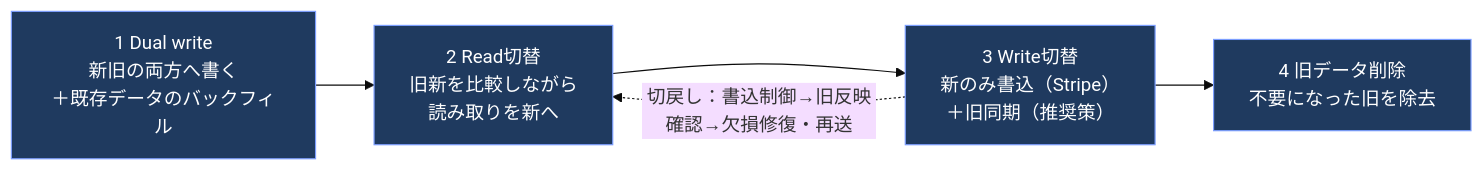
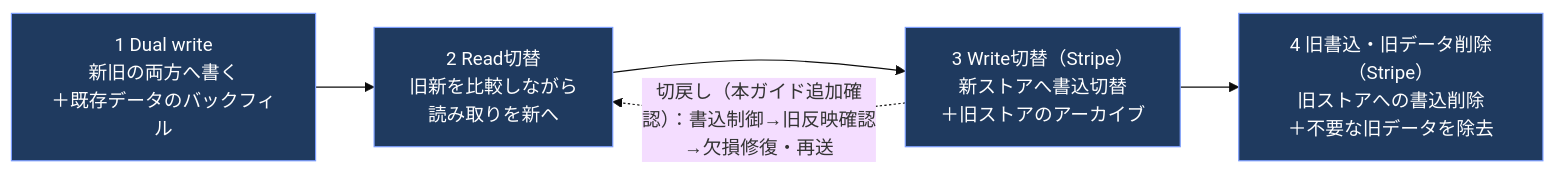
Before and after one commit to myoshi2891/Quality-Assurance-Studies: the ninth of 10 diagrams in Iso-29119-14-guide.md, drawn with Mermaid (base theme). The commit also changed other lines of this file and 1 other file, not shown here.

Commit message:
fix(iso29119-14): clarify Stripe migration steps and guide rollback verification in diagram and text

````diff
--- a/Iso-29119-14-guide.md
+++ b/Iso-29119-14-guide.md
@@ -479,10 +479,10 @@
 ```mermaid
 flowchart LR
     DW1["1 Dual write<br/>新旧の両方へ書く<br/>＋既存データのバックフィル"] --> DW2["2 Read切替<br/>旧新を比較しながら<br/>読み取りを新へ"]
-    DW2 --> DW3["3 Write切替<br/>新のみ書込（Stripe）<br/>＋旧同期（推奨策）"]
-    DW3 -. "切戻し：書込制御→旧反映確認→欠損修復・再送" .-> DW2
-    DW3 --> DW4["4 旧データ削除<br/>不要になった旧を除去"]
+    DW2 --> DW3["3 Write切替（Stripe）<br/>新ストアへ書込切替<br/>＋旧ストアのアーカイブ"]
+    DW3 -. "切戻し（本ガイド追加確認）：書込制御→旧反映確認→欠損修復・再送" .-> DW2
+    DW3 --> DW4["4 旧書込・旧データ削除（Stripe）<br/>旧ストアへの書込削除<br/>＋不要な旧データを除去"]
 
     classDef s fill:#1f3a5f,stroke:#7c9eff,color:#ffffff
     class DW1,DW2,DW3,DW4 s
 ```
````
